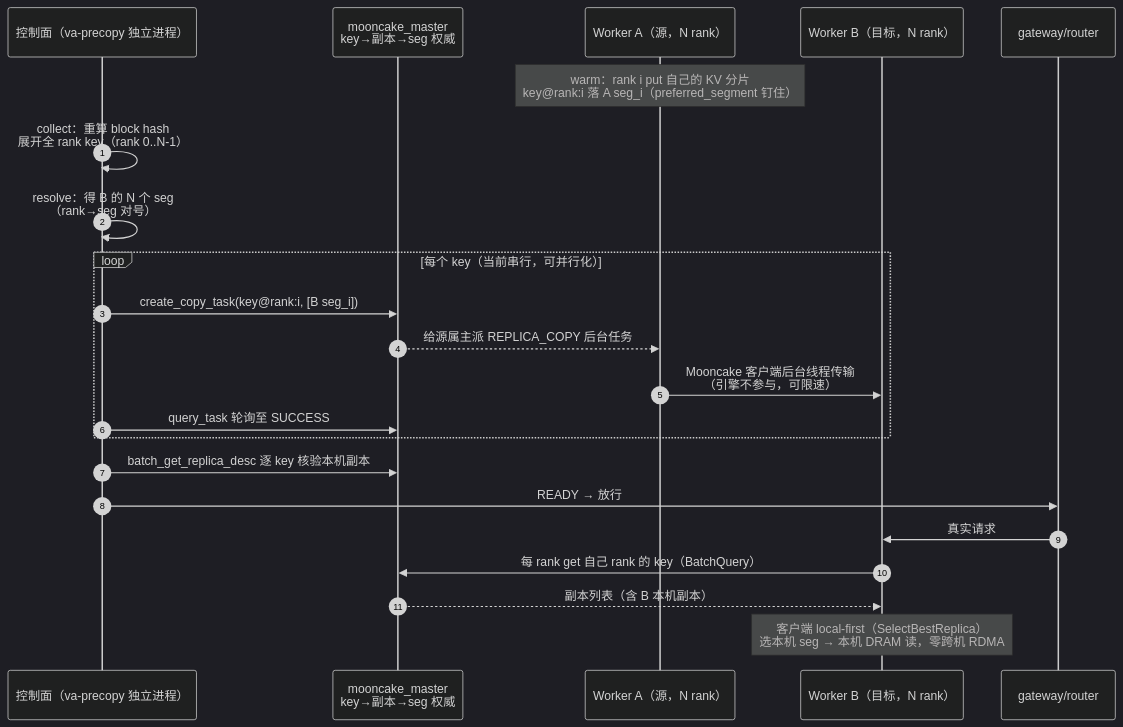
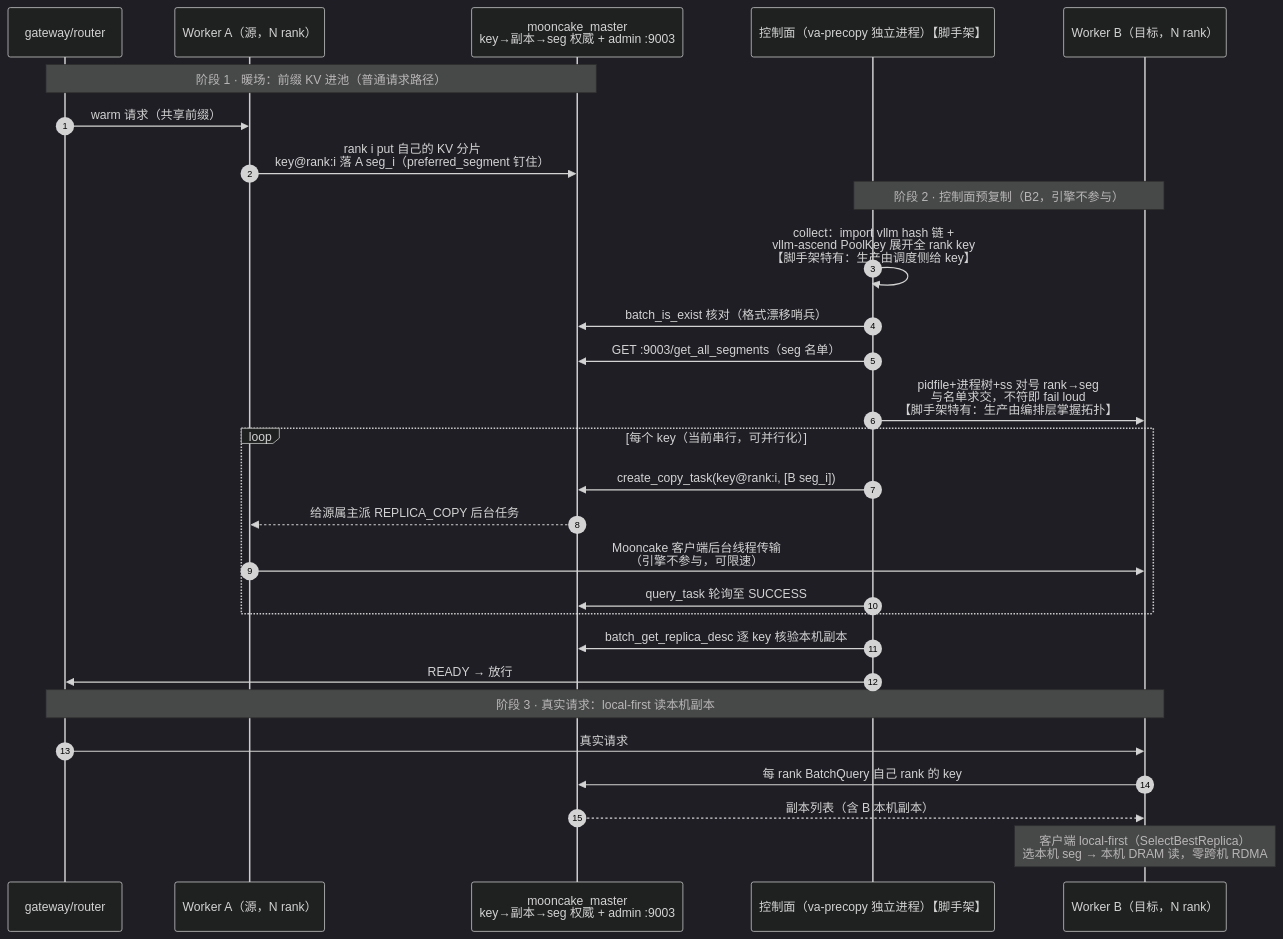
The first of 2 diagrams in va-precopy/README.md (5x8-40/lake), drawn with Mermaid (dark theme) before and after one commit. The commit also changed other lines of this file and 8 other files, not shown here.

First line of the commit message:
refactor(va-precopy): resolve 免日志化 + key 生成改 import 上游权威实现

````diff
--- a/va-precopy/README.md
+++ b/va-precopy/README.md
@@ -87,25 +87,33 @@
 ```mermaid
 sequenceDiagram
     autonumber
-    participant CP as 控制面（va-precopy 独立进程）
-    participant M as mooncake_master<br/>key→副本→seg 权威
+    participant G as gateway/router
     participant A as Worker A（源，N rank）
+    participant M as mooncake_master<br/>key→副本→seg 权威 + admin :9003
+    participant CP as 控制面（va-precopy 独立进程）【脚手架】
     participant B as Worker B（目标，N rank）
-    participant G as gateway/router
 
-    Note over A: warm：rank i put 自己的 KV 分片<br/>key@rank:i 落 A seg_i（preferred_segment 钉住）
-    CP->>CP: collect：重算 block hash<br/>展开全 rank key（rank 0..N-1）
-    CP->>CP: resolve：得 B 的 N 个 seg<br/>（rank→seg 对号）
+    Note over G,M: 阶段 1 · 暖场：前缀 KV 进池（普通请求路径）
+    G->>A: warm 请求（共享前缀）
+    A->>M: rank i put 自己的 KV 分片<br/>key@rank:i 落 A seg_i（preferred_segment 钉住）
+
+    Note over CP,B: 阶段 2 · 控制面预复制（B2，引擎不参与）
+    CP->>CP: collect：import vllm hash 链 +<br/>vllm-ascend PoolKey 展开全 rank key<br/>【脚手架特有：生产由调度侧给 key】
+    CP->>M: batch_is_exist 核对（格式漂移哨兵）
+    CP->>M: GET :9003/get_all_segments（seg 名单）
+    CP->>B: pidfile+进程树+ss 对号 rank→seg<br/>与名单求交，不符即 fail loud<br/>【脚手架特有：生产由编排层掌握拓扑】
     loop 每个 key（当前串行，可并行化）
         CP->>M: create_copy_task(key@rank:i, [B seg_i])
         M-->>A: 给源属主派 REPLICA_COPY 后台任务
         A->>B: Mooncake 客户端后台线程传输<br/>（引擎不参与，可限速）
         CP->>M: query_task 轮询至 SUCCESS
     end
     CP->>M: batch_get_replica_desc 逐 key 核验本机副本
     CP->>G: READY → 放行
+
+    Note over G,B: 阶段 3 · 真实请求：local-first 读本机副本
     G->>B: 真实请求
-    B->>M: 每 rank get 自己 rank 的 key（BatchQuery）
+    B->>M: 每 rank BatchQuery 自己 rank 的 key
     M-->>B: 副本列表（含 B 本机副本）
     Note over B: 客户端 local-first（SelectBestReplica）<br/>选本机 seg → 本机 DRAM 读，零跨机 RDMA
 ```
````
